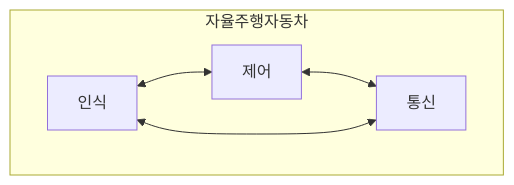
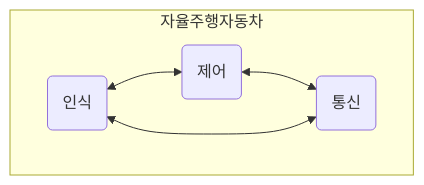
The diagram in content/ai/multi-agent-system/index.md (will2world/will2world.github.io), drawn with Mermaid before and after one commit. The commit also changed other lines of this file, not shown here.

````diff
--- a/content/ai/multi-agent-system/index.md
+++ b/content/ai/multi-agent-system/index.md
@@ -33,10 +36,10 @@
 ```mermaid
 flowchart TD
     subgraph 자율주행자동차
-        sensing[인식]
-        maneuvering[제어]
-        communication[통신]
+        sensing(인식)
+        maneuvering(제어)
+        communication(통신)
     end
 
     sensing <--> maneuvering <--> communication <--> sensing
 ```
````
